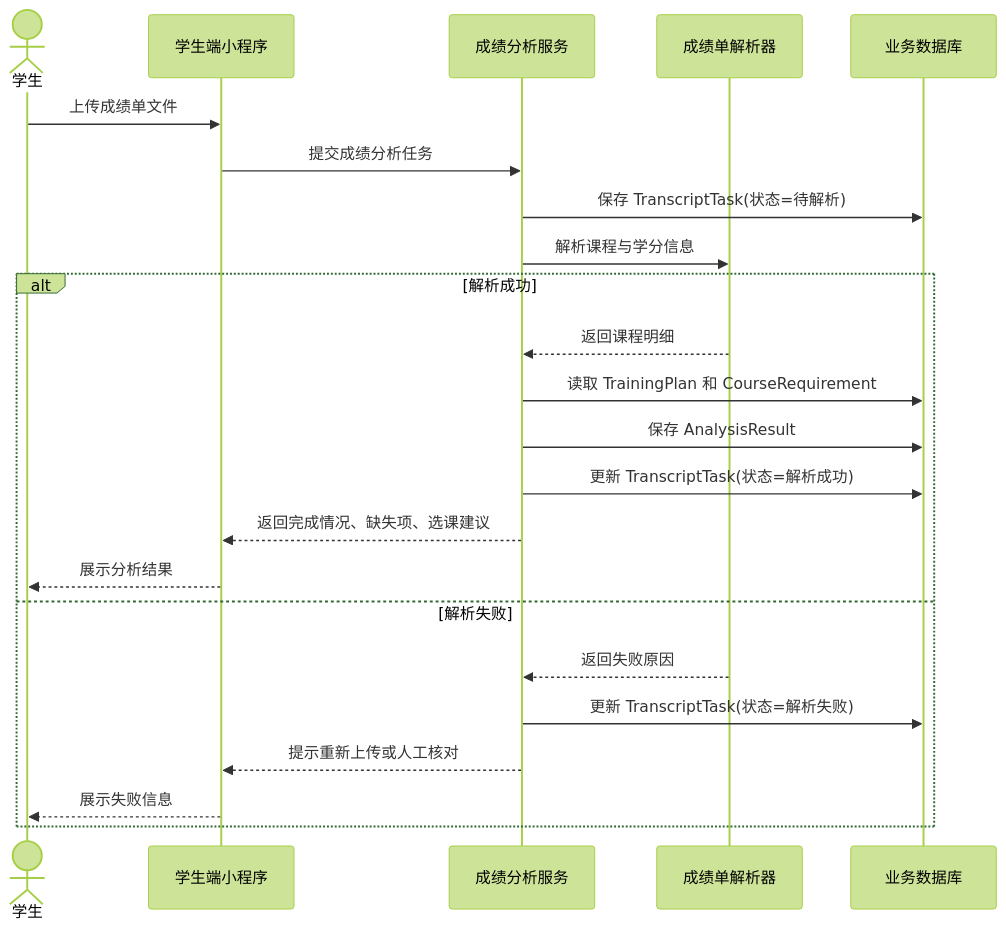
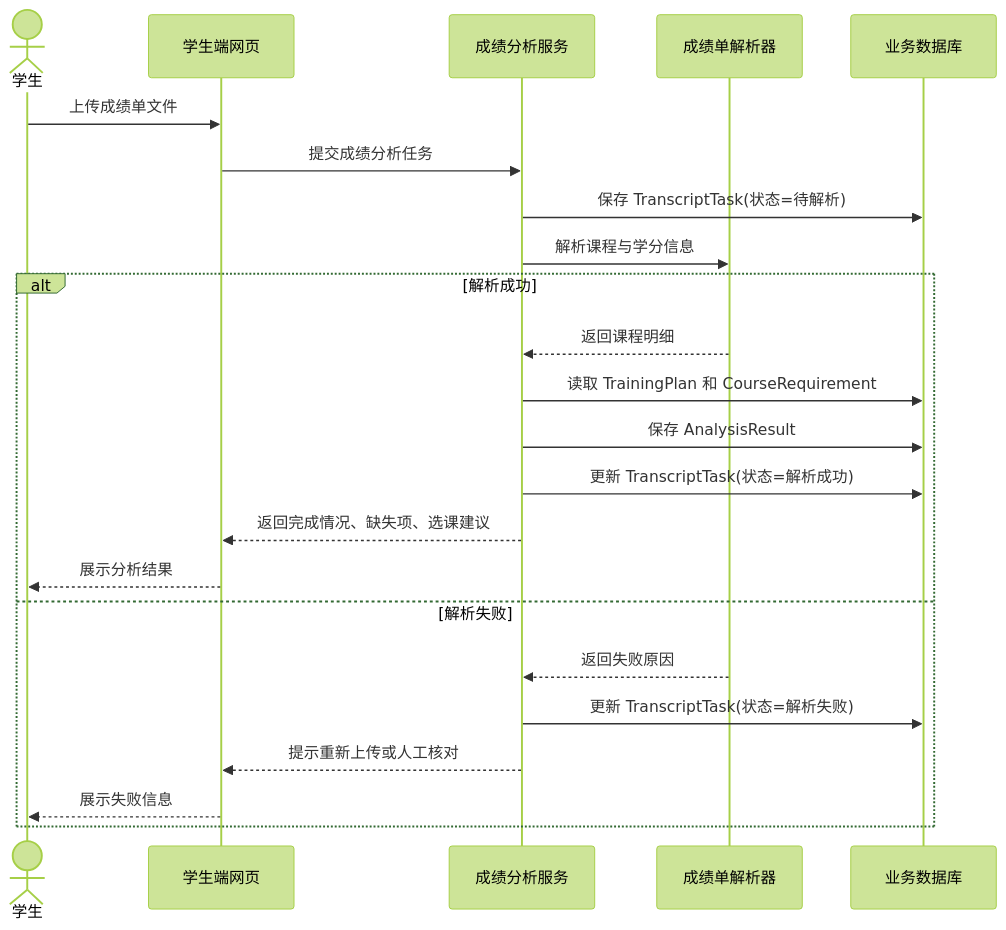
The fifth of 6 diagrams in uml-analysis-model.md (gabriellaXL/Software-engineer-team), drawn with Mermaid (forest theme) before and after one commit. The commit also changed other lines of this file and 16 other files, not shown here.

````diff
--- a/uml-analysis-model.md
+++ b/uml-analysis-model.md
@@ -148,27 +148,27 @@
 ```mermaid
 sequenceDiagram
     actor Student as 学生
-    participant MiniApp as 学生端小程序
+    participant StudentWeb as 学生端网页
     participant AnalysisService as 成绩分析服务
     participant Parser as 成绩单解析器
     participant DB as 业务数据库
 
-    Student->>MiniApp: 上传成绩单文件
-    MiniApp->>AnalysisService: 提交成绩分析任务
+    Student->>StudentWeb: 上传成绩单文件
+    StudentWeb->>AnalysisService: 提交成绩分析任务
     AnalysisService->>DB: 保存 TranscriptTask(状态=待解析)
     AnalysisService->>Parser: 解析课程与学分信息
 
     alt 解析成功
         Parser-->>AnalysisService: 返回课程明细
         AnalysisService->>DB: 读取 TrainingPlan 和 CourseRequirement
         AnalysisService->>DB: 保存 AnalysisResult
         AnalysisService->>DB: 更新 TranscriptTask(状态=解析成功)
-        AnalysisService-->>MiniApp: 返回完成情况、缺失项、选课建议
-        MiniApp-->>Student: 展示分析结果
+        AnalysisService-->>StudentWeb: 返回完成情况、缺失项、选课建议
+        StudentWeb-->>Student: 展示分析结果
     else 解析失败
         Parser-->>AnalysisService: 返回失败原因
         AnalysisService->>DB: 更新 TranscriptTask(状态=解析失败)
-        AnalysisService-->>MiniApp: 提示重新上传或人工核对
-        MiniApp-->>Student: 展示失败信息
+        AnalysisService-->>StudentWeb: 提示重新上传或人工核对
+        StudentWeb-->>Student: 展示失败信息
     end
 ```
````
